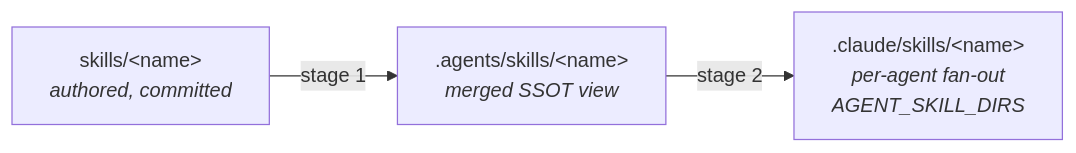
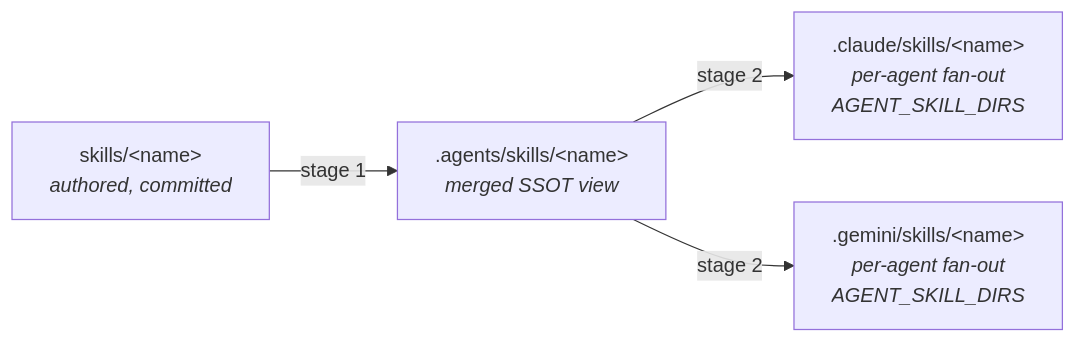
The diagram in skills/ot-skill-sync/README.md (OpenThrottle/monorepo), drawn with Mermaid before and after one commit. The commit also changed other lines of this file and 10 other files, not shown here.

````diff
--- a/skills/ot-skill-sync/README.md
+++ b/skills/ot-skill-sync/README.md
@@ -11,7 +11,9 @@
 ```mermaid
 flowchart LR
   A["skills/&lt;name&gt;<br/><i>authored, committed</i>"]
   B[".agents/skills/&lt;name&gt;<br/><i>merged SSOT view</i>"]
   C[".claude/skills/&lt;name&gt;<br/><i>per-agent fan-out<br/>AGENT_SKILL_DIRS</i>"]
+  D[".gemini/skills/&lt;name&gt;<br/><i>per-agent fan-out<br/>AGENT_SKILL_DIRS</i>"]
   A -->|stage 1| B -->|stage 2| C
+  B -->|stage 2| D
 ```
````
